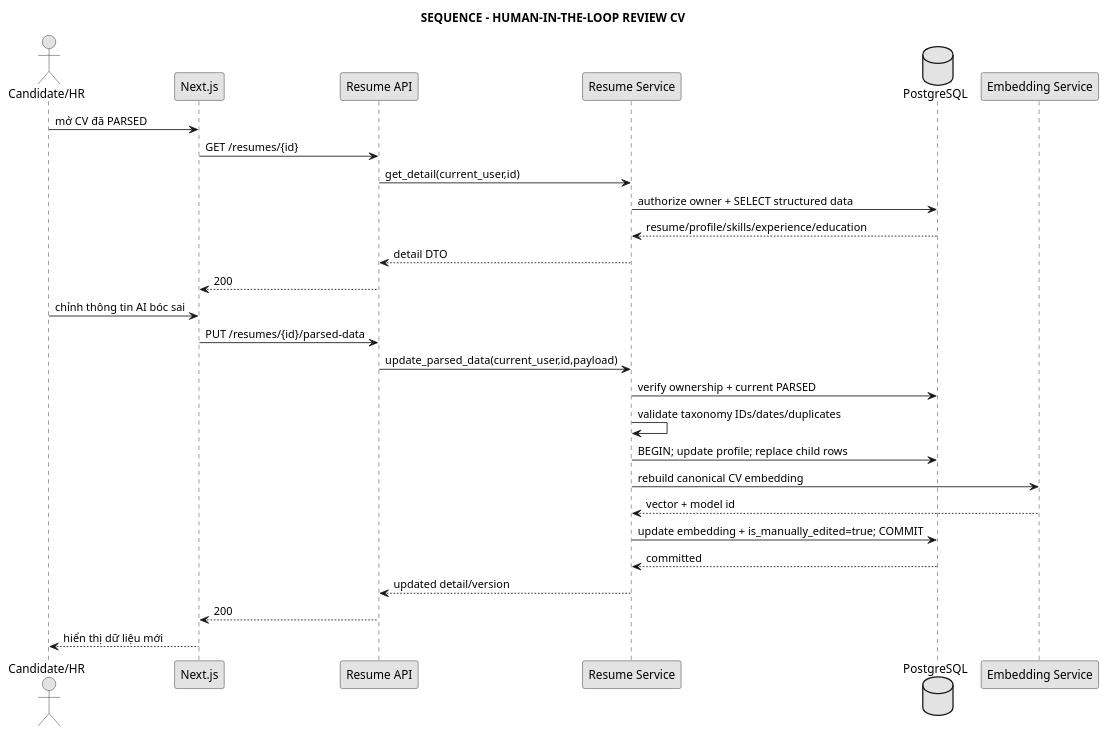
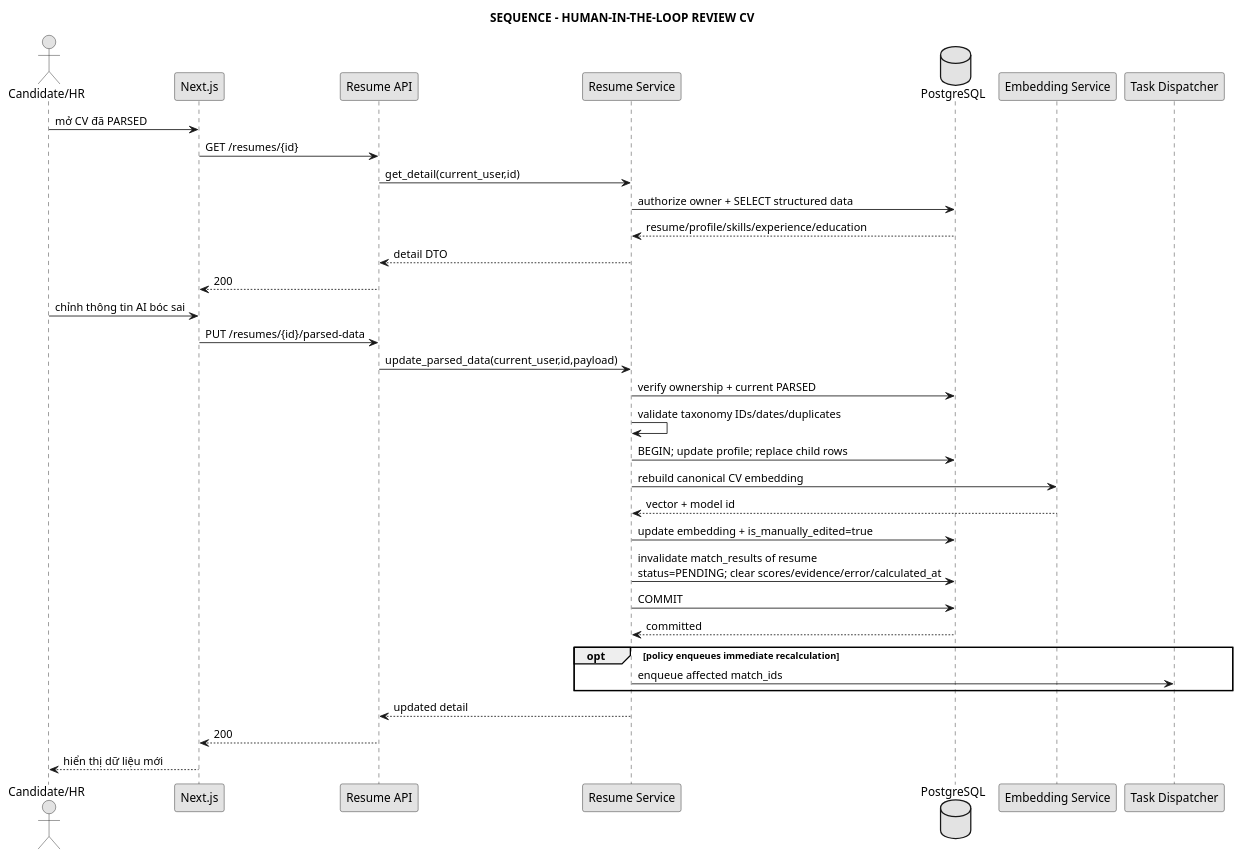
The diagram in docs/04_sequence/seq_review_cv.puml (anh632k-ui/WebCVUngVienTuyenDung), drawn with PlantUML before and after one commit.

Commit message:
fix(pttk): invalidate matches in CV review sequence

```diff
--- a/docs/04_sequence/seq_review_cv.puml
+++ b/docs/04_sequence/seq_review_cv.puml
@@ -1,36 +1,42 @@
 @startuml
 skinparam monochrome true
 skinparam shadowing false
 
 title SEQUENCE - HUMAN-IN-THE-LOOP REVIEW CV
 
 actor "Candidate/HR" as User
 participant "Next.js" as FE
 participant "Resume API" as API
 participant "Resume Service" as Service
 database "PostgreSQL" as DB
 participant "Embedding Service" as Embedding
+participant "Task Dispatcher" as Dispatcher
 
 User -> FE : mở CV đã PARSED
 FE -> API : GET /resumes/{id}
 API -> Service : get_detail(current_user,id)
 Service -> DB : authorize owner + SELECT structured data
 DB --> Service : resume/profile/skills/experience/education
 Service --> API : detail DTO
 API --> FE : 200
 
 User -> FE : chỉnh thông tin AI bóc sai
 FE -> API : PUT /resumes/{id}/parsed-data
 API -> Service : update_parsed_data(current_user,id,payload)
 Service -> DB : verify ownership + current PARSED
 Service -> Service : validate taxonomy IDs/dates/duplicates
 Service -> DB : BEGIN; update profile; replace child rows
 Service -> Embedding : rebuild canonical CV embedding
 Embedding --> Service : vector + model id
-Service -> DB : update embedding + is_manually_edited=true; COMMIT
+Service -> DB : update embedding + is_manually_edited=true
+Service -> DB : invalidate match_results of resume\nstatus=PENDING; clear scores/evidence/error/calculated_at
+Service -> DB : COMMIT
 DB --> Service : committed
-Service --> API : updated detail/version
+opt policy enqueues immediate recalculation
+  Service -> Dispatcher : enqueue affected match_ids
+end
+Service --> API : updated detail
 API --> FE : 200
 FE --> User : hiển thị dữ liệu mới
 
 @enduml
```
